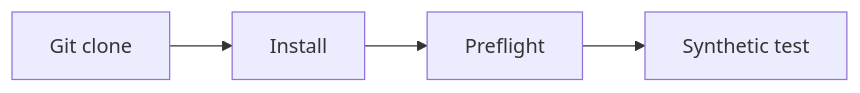
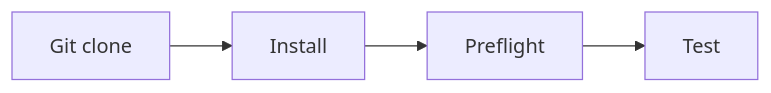
The eighth of 9 diagrams in docs/diagrams.md (yuxuan6426/clipsignal), drawn with Mermaid before and after one commit. The commit also changed other lines of this file and 27 other files, not shown here.

Commit message:
Redraw ClipSignal imagery and tighten workflow diagrams

````diff
--- a/docs/diagrams.md
+++ b/docs/diagrams.md
@@ -68,4 +79,4 @@
 ```mermaid
 flowchart LR
-  setup0["Git clone"] --> setup1["Install"] --> setup2["Preflight"] --> setup3["Synthetic test"]
+  Clone["Git clone"] --> Install --> Preflight --> Test
 ```
````
